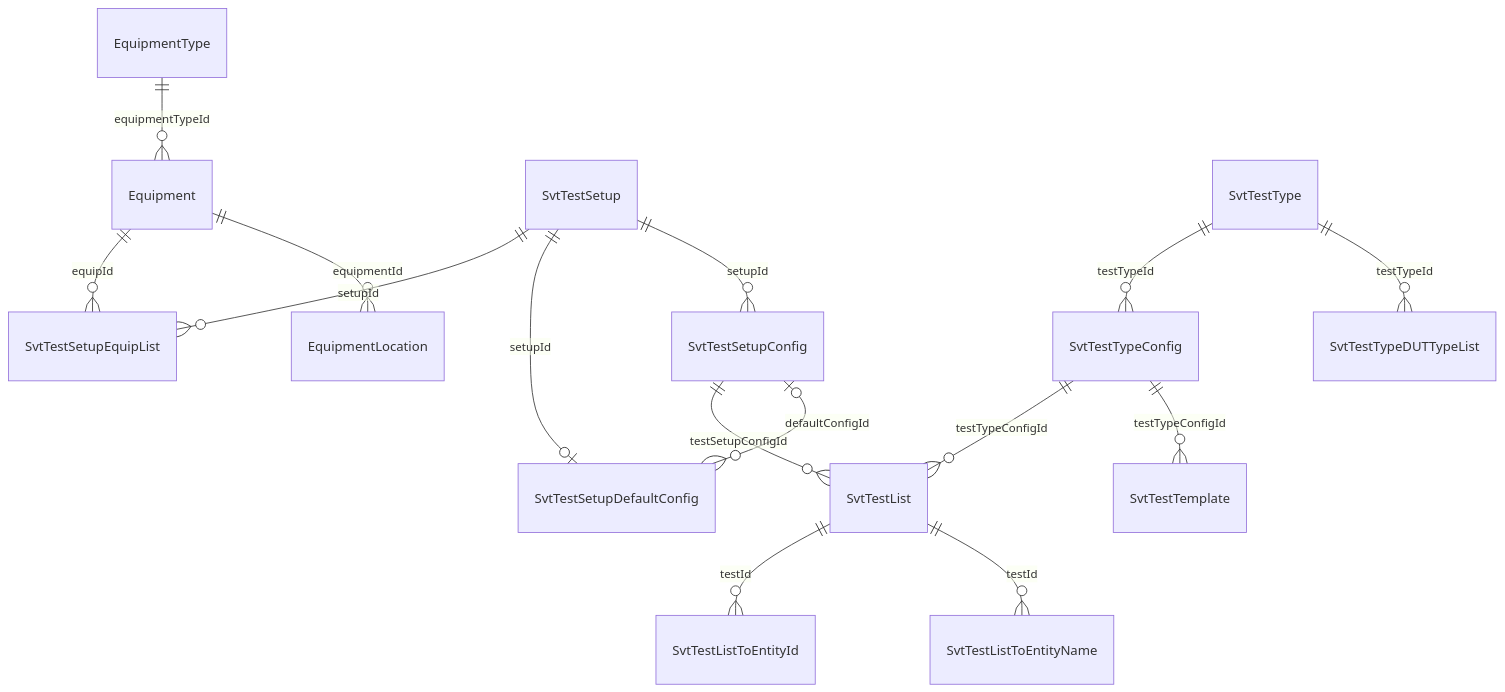
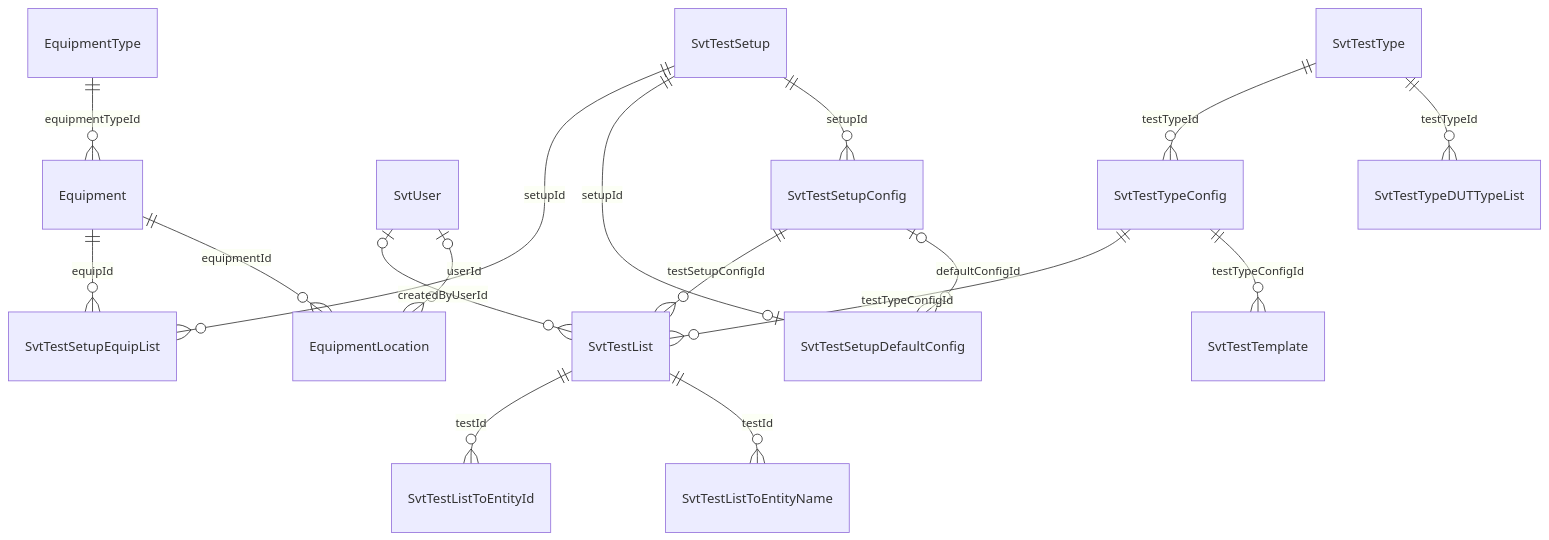
One commit to SVT-WP2/SVTSW changed the third of 3 diagrams in DbAgentNext/docs/database-schema.md. Above: the diagram before and after it, drawn with Mermaid. The commit also changed other lines of this file and 10 other files, not shown here.

First line of the commit message:
#397 :: Docs :: A history row and a test record the user of the request

````diff
--- a/DbAgentNext/docs/database-schema.md
+++ b/DbAgentNext/docs/database-schema.md
@@ -102,17 +107,19 @@
 ```mermaid
 erDiagram
     EquipmentType ||--o{ Equipment : "equipmentTypeId"
     Equipment ||--o{ EquipmentLocation : "equipmentId"
+    SvtUser |o--o{ EquipmentLocation : "userId"
     SvtTestSetup ||--o{ SvtTestSetupConfig : "setupId"
     SvtTestSetup ||--o| SvtTestSetupDefaultConfig : "setupId"
     SvtTestSetupConfig |o--o{ SvtTestSetupDefaultConfig : "defaultConfigId"
     Equipment ||--o{ SvtTestSetupEquipList : "equipId"
     SvtTestSetup ||--o{ SvtTestSetupEquipList : "setupId"
     SvtTestType ||--o{ SvtTestTypeDUTTypeList : "testTypeId"
     SvtTestType ||--o{ SvtTestTypeConfig : "testTypeId"
     SvtTestTypeConfig ||--o{ SvtTestTemplate : "testTypeConfigId"
     SvtTestSetupConfig ||--o{ SvtTestList : "testSetupConfigId"
     SvtTestTypeConfig ||--o{ SvtTestList : "testTypeConfigId"
+    SvtUser |o--o{ SvtTestList : "createdByUserId"
     SvtTestList ||--o{ SvtTestListToEntityName : "testId"
     SvtTestList ||--o{ SvtTestListToEntityId : "testId"
 ```
````
